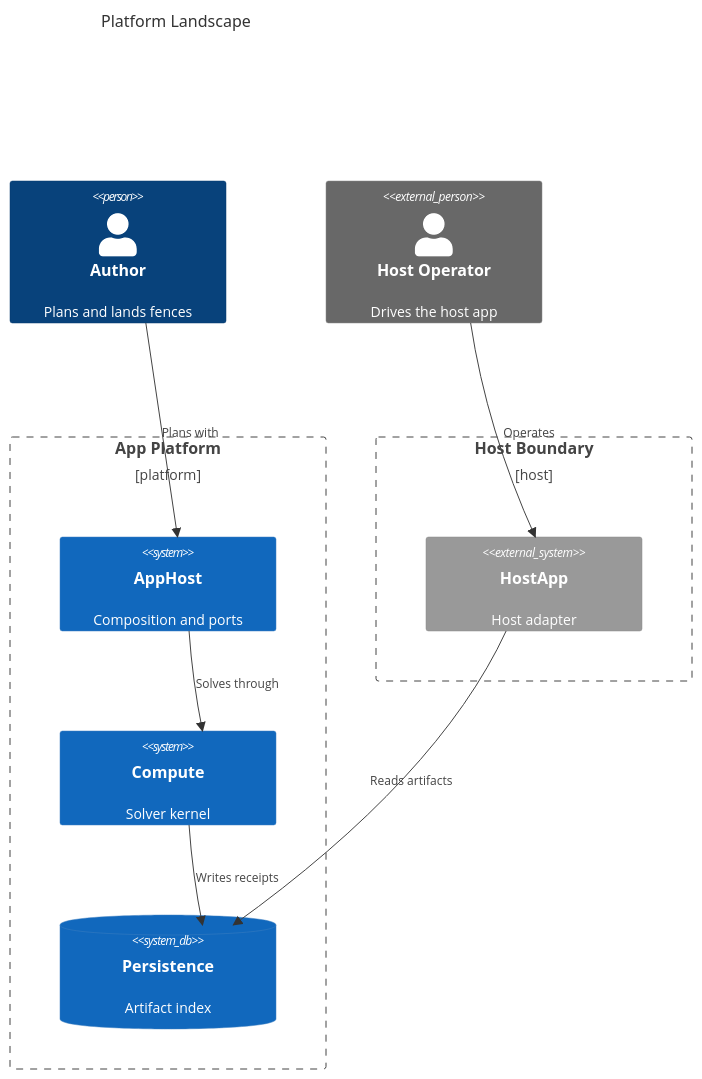
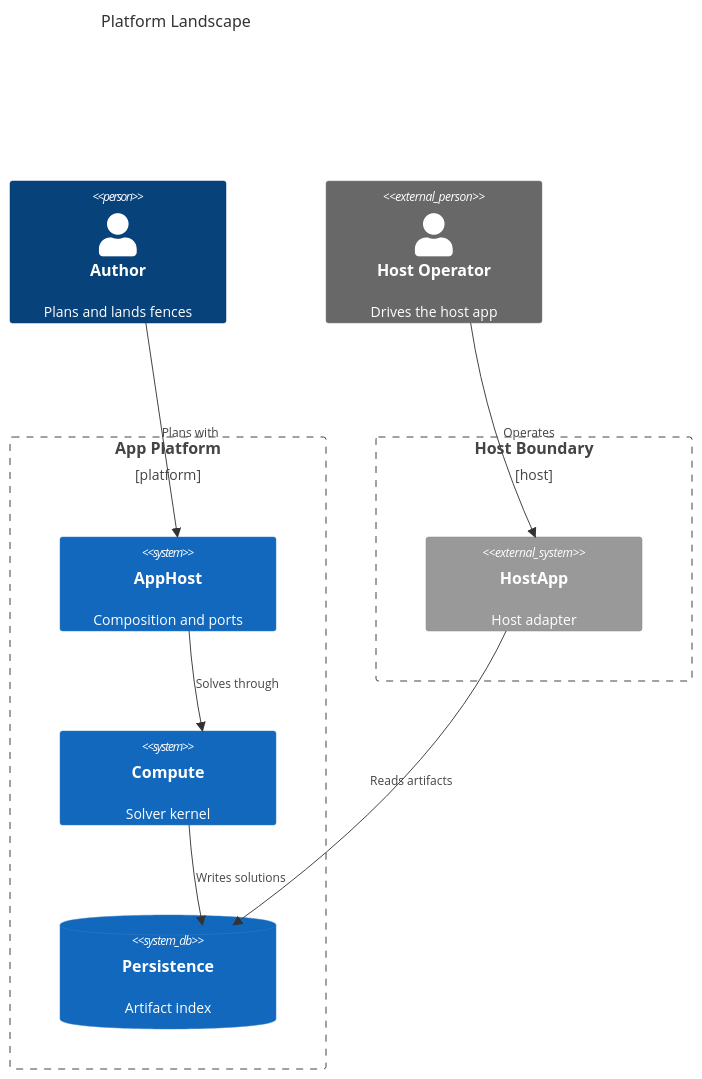
Before and after one commit to bsamiee/Rasm: the diagram in .claude/skills/mermaid-diagramming/templates/landscape.mmd.md, drawn with Mermaid. The commit also changed 1417 other files, not shown here.

````diff
--- a/.claude/skills/mermaid-diagramming/templates/landscape.mmd.md
+++ b/.claude/skills/mermaid-diagramming/templates/landscape.mmd.md
@@ -5,28 +5,28 @@
 ```mermaid
 ---
 config:
   c4:
     c4ShapeInRow: 3
     c4ShapeMargin: 50
     c4BoundaryInRow: 2
 ---
 C4Context
   accTitle: Platform landscape
   accDescr: An author driving the app platform that solves through the compute kernel into an artifact store, serving a host operator through the host boundary.
   title Platform Landscape
   Person(author, "Author", "Plans and lands fences")
   Person_Ext(operator, "Host Operator", "Drives the host app")
   Boundary(platform, "App Platform", "platform") {
     System(apphost, "AppHost", "Composition and ports")
     System(compute, "Compute", "Solver kernel")
     SystemDb(store, "Persistence", "Artifact index")
   }
   Boundary(hostzone, "Host Boundary", "host") {
     System_Ext(hostapp, "HostApp", "Host adapter")
   }
   Rel(author, apphost, "Plans with")
   Rel(apphost, compute, "Solves through")
-  Rel(compute, store, "Writes receipts")
+  Rel(compute, store, "Writes solutions")
   Rel(hostapp, store, "Reads artifacts")
   Rel(operator, hostapp, "Operates")
 ```
````
